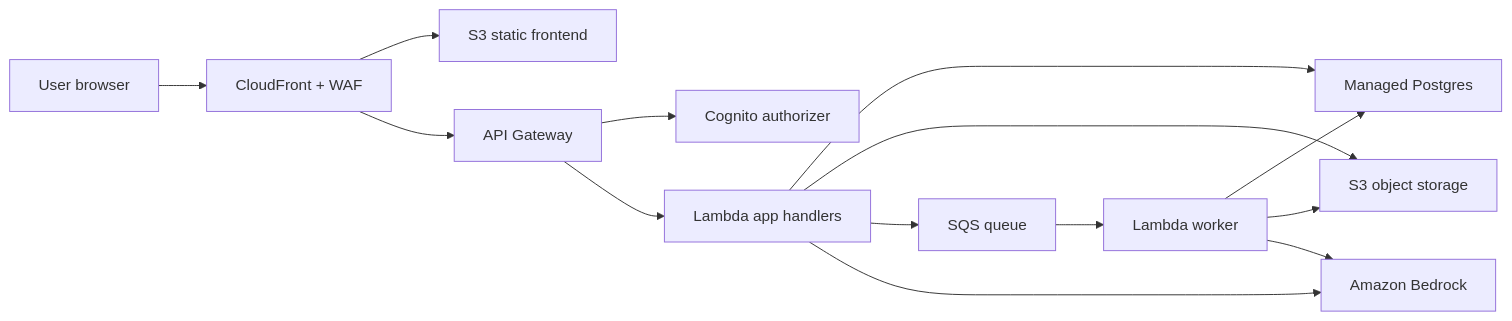
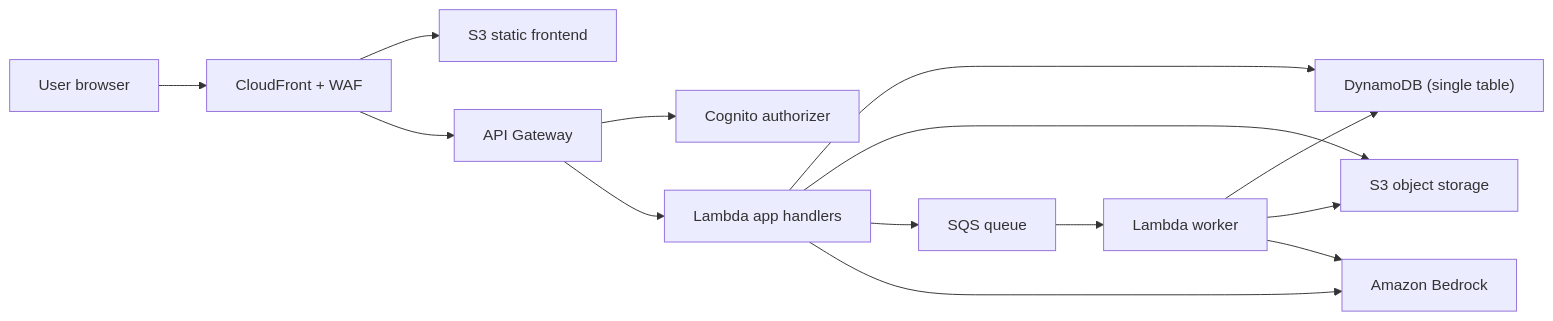
Before and after one commit to Mayor-s-Office-of-Innovation/good-neighbor-app: the diagram in docs/architecture.md, drawn with Mermaid. The commit also changed 10 other files, not shown here.

````diff
--- a/docs/architecture.md
+++ b/docs/architecture.md
@@ -3,16 +3,16 @@
 ```mermaid
 flowchart LR
   user["User browser"] --> cloudfront["CloudFront + WAF"]
   cloudfront --> frontend["S3 static frontend"]
   cloudfront --> api["API Gateway"]
   api --> cognito["Cognito authorizer"]
   api --> lambda["Lambda app handlers"]
-  lambda --> postgres["Managed Postgres"]
+  lambda --> dynamodb["DynamoDB (single table)"]
   lambda --> s3["S3 object storage"]
   lambda --> sqs["SQS queue"]
   lambda --> bedrock["Amazon Bedrock"]
   sqs --> worker["Lambda worker"]
-  worker --> postgres
+  worker --> dynamodb
   worker --> s3
   worker --> bedrock
 ```
````
